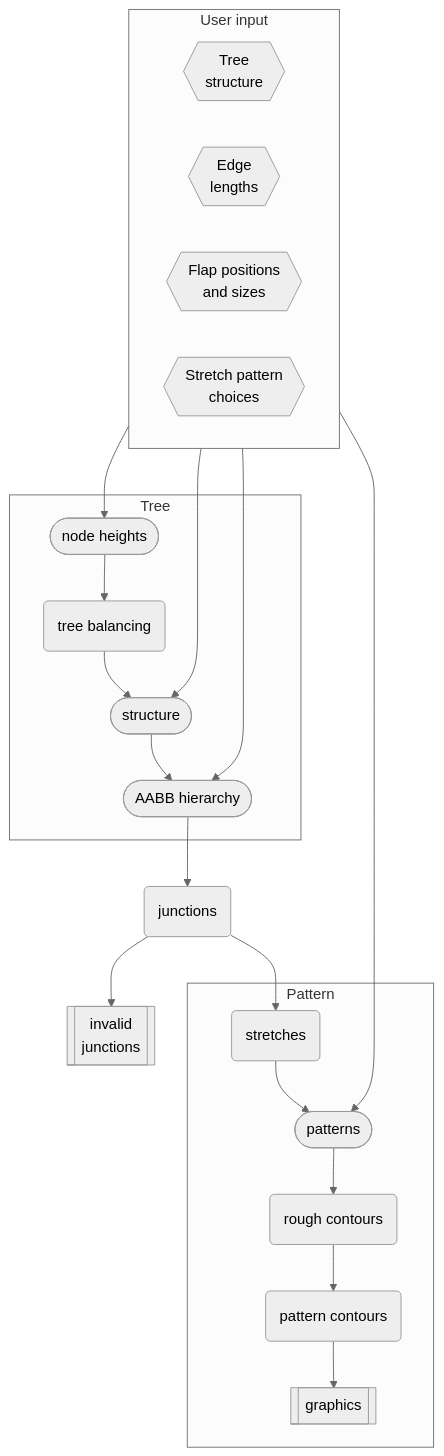
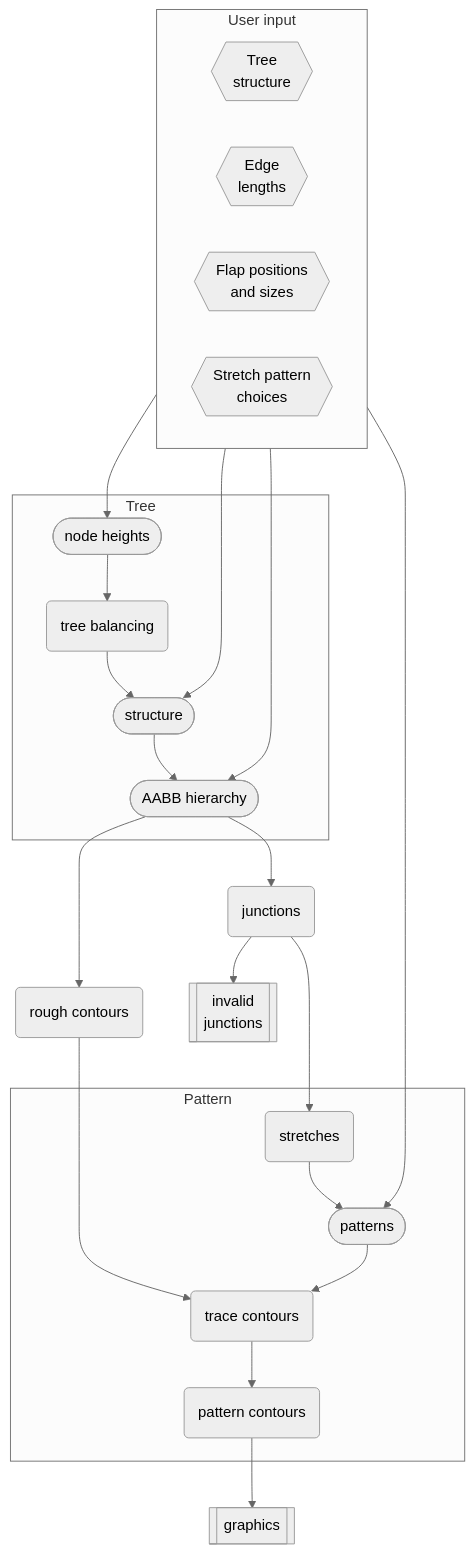
The diagram in src/core/README.md (bp-studio/box-pleating-studio), drawn with Mermaid (neutral theme) before and after one commit. The commit also changed 24 other files, not shown here.

````diff
--- a/src/core/README.md
+++ b/src/core/README.md
@@ -27,31 +27,34 @@
 ```mermaid
 flowchart TB
 subgraph User input
 	direction LR
 	T{{Tree\nstructure}}
 	L{{Edge\nlengths}}
 	F{{Flap positions\nand sizes}}
 	P{{Stretch pattern\nchoices}}
 end
-subgraph Tree
+subgraph "Tree#emsp;#emsp;#emsp;#emsp;"
 	h([node heights])
 	b(tree balancing)
 	d([structure])
 	a([AABB hierarchy])
 end
+rc(rough contours)
 j(junctions)
 i[[invalid\njunctions]]
-subgraph Pattern
+subgraph "Pattern#emsp;#emsp;#emsp;#emsp;"
 	s(stretches)
 	p([patterns])
-	rc(rough contours)
+	tc(trace contours)
 	pc(pattern contours)
-	g[[graphics]]
 end
+g[[graphics]]
 
 T --> h --> b
 b & L --> d
-d & F --> a --> j --> i & s
-rc --> pc --> g
-s & P --> p --> rc
+d & F --> a --> j
+j --> i
+j ---> s
+a ---> rc ----> tc --> pc --> g
+s & P --> p --> tc
 ```
````
